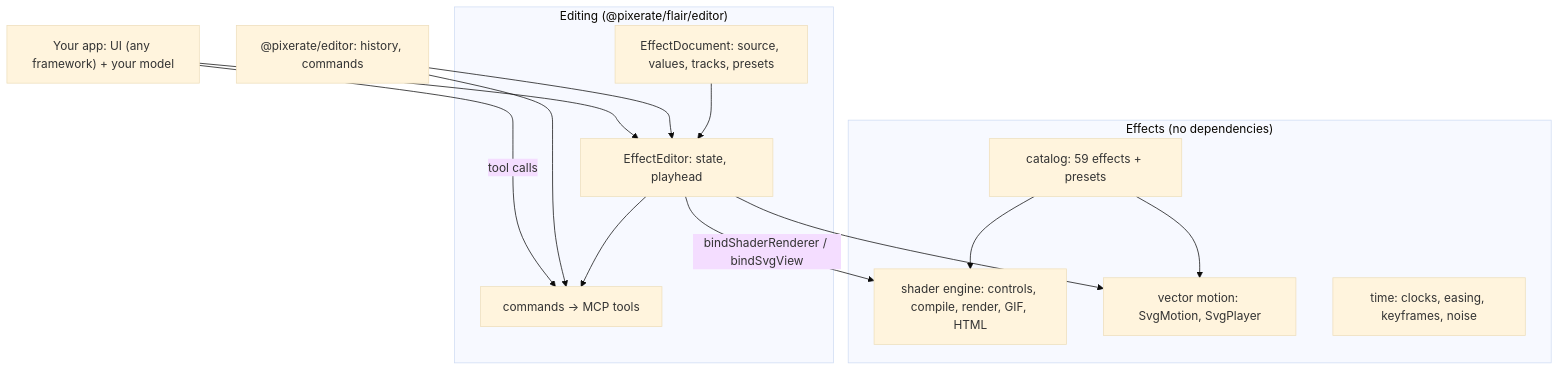
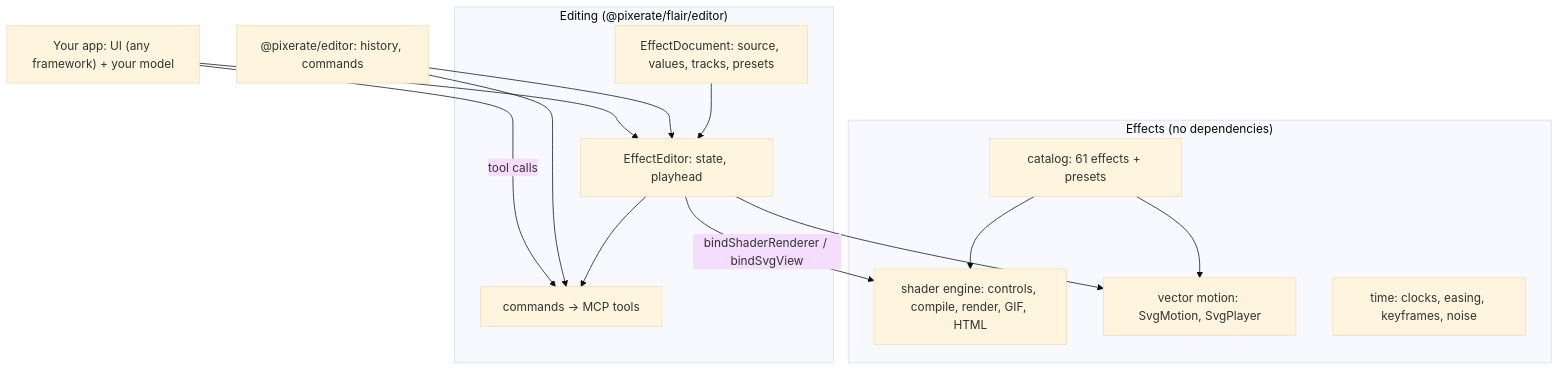
Before and after one commit to Pixerate/flair: the diagram in README.md, drawn with Mermaid (base theme). The commit also changed other lines of this file and 4 other files, not shown here.

First line of the commit message:
feat(catalog): add neon circuit and drip text effects

````diff
--- a/README.md
+++ b/README.md
@@ -55,27 +55,27 @@
 ```mermaid
 graph TD
   subgraph Effects["Effects (no dependencies)"]
-    Catalog["catalog: 59 effects + presets"]
+    Catalog["catalog: 61 effects + presets"]
     Shader["shader engine: controls, compile, render, GIF, HTML"]
     Vector["vector motion: SvgMotion, SvgPlayer"]
     Time["time: clocks, easing, keyframes, noise"]
   end
   subgraph Editing["Editing (@pixerate/flair/editor)"]
     Doc["EffectDocument: source, values, tracks, presets"]
     Editor["EffectEditor: state, playhead"]
     Cmds["commands → MCP tools"]
   end
   PE["@pixerate/editor: history, commands"]
   Host["Your app: UI (any framework) + your model"]
 
   Catalog --> Shader
   Catalog --> Vector
   Doc --> Editor
   Editor --> Cmds
   PE --> Editor
   PE --> Cmds
   Editor -- bindShaderRenderer / bindSvgView --> Shader
   Editor --> Vector
   Host --> Editor
   Host -- tool calls --> Cmds
 ```
````
